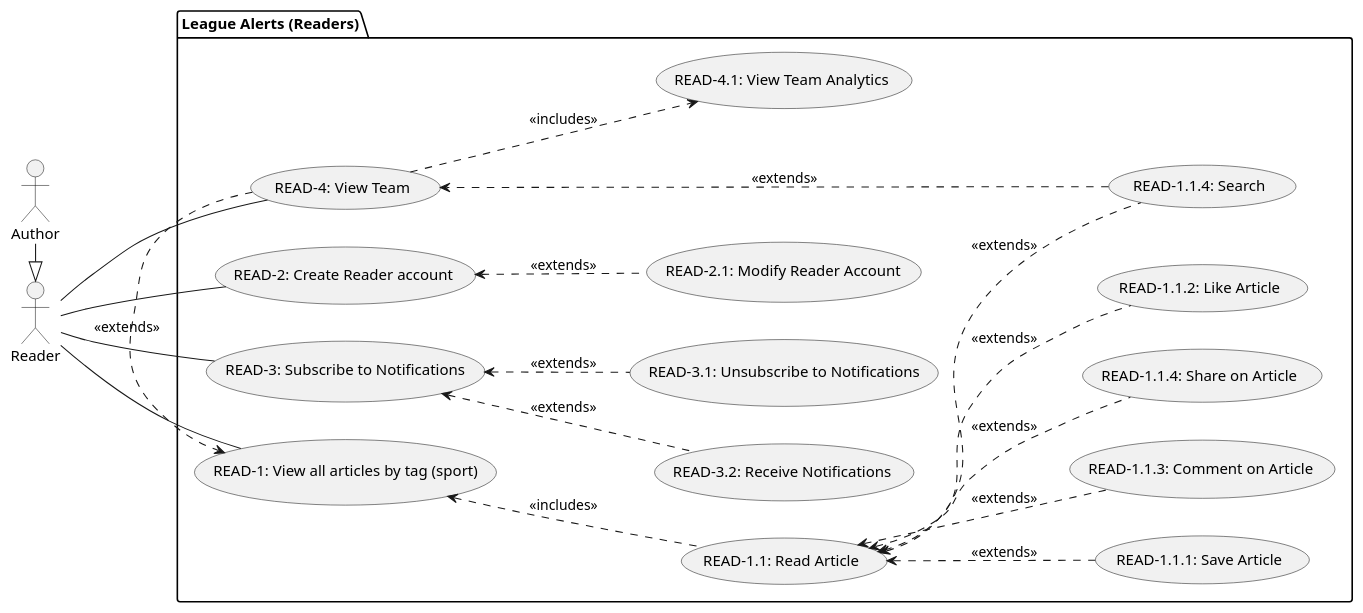
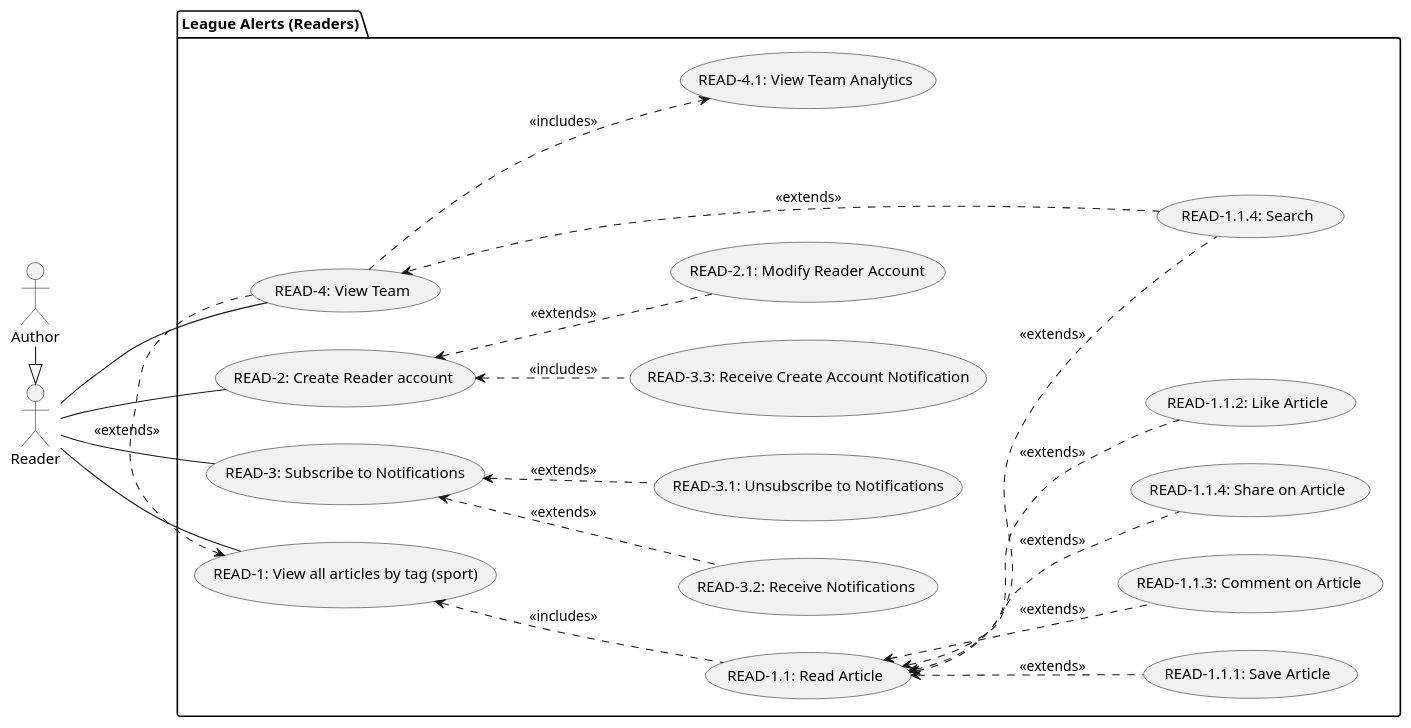
The diagram in Diagrams/UseCase/ReaderUCD.puml (Valthefirst/league_alerts-ChamplainECP), drawn with PlantUML before and after one commit. The commit also changed 10 other files, not shown here.

Commit message:
Added Sprint 3 & 4 diagrams

```diff
--- a/Diagrams/UseCase/ReaderUCD.puml
+++ b/Diagrams/UseCase/ReaderUCD.puml
@@ -1,47 +1,50 @@
 @startuml UsecaseReader
 
 left to right direction
 
 actor Reader
 actor Author
 
 package "League Alerts (Readers)" {
     usecase "READ-1: View all articles by tag (sport)" as UC1
     usecase "READ-1.1.4: Search" as UC1.5
     usecase "READ-1.1.1: Save Article" as UC1.4
     usecase "READ-1.1.3: Comment on Article" as UC1.3
     usecase "READ-1.1.4: Share on Article" as UC1.6
 
     usecase "READ-1.1.2: Like Article" as UC1.2
     usecase "READ-1.1: Read Article" as UC1.1
     usecase "READ-2: Create Reader account" as UC2
+    usecase "READ-3.3: Receive Create Account Notification" as UC3.3
     usecase "READ-4: View Team" as UC4
     usecase "READ-4.1: View Team Analytics" as UC4.1
     usecase "READ-2.1: Modify Reader Account" as UC5
     usecase "READ-3.2: Receive Notifications" as UC3.2
     usecase "READ-3.1: Unsubscribe to Notifications" as UC3.1
     usecase "READ-3: Subscribe to Notifications" as UC3
 }
 Reader <|-l- Author
 Reader -u- UC1
 Reader -- UC2
 Reader -- UC4
 Reader -- UC3
 
 UC1 <.. UC1.1 : <<includes>>
 
 UC1.1 <.. UC1.5 : <<extends>>
 UC1.1 <.. UC1.2 : <<extends>>
 UC1.1 <.. UC1.3 : <<extends>>
 UC1.1 <.. UC1.4 : <<extends>>
 UC1.1 <.. UC1.6 : <<extends>>
 
 UC1.5 ..> UC4 : <<extends>>
 UC2 <.. UC5 : <<extends>>
 UC4 .> UC1 : <<extends>>
 UC4 ..> UC4.1 : <<includes>>
 UC3 <.. UC3.1 : <<extends>>
 UC3 <.. UC3.2 : <<extends>>
 
+UC2 <.. UC3.3 : <<includes>>
+
 
 @enduml
```
